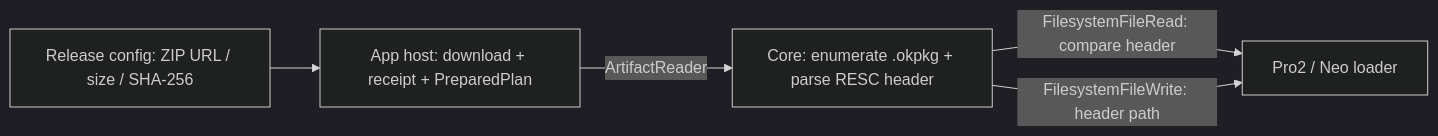
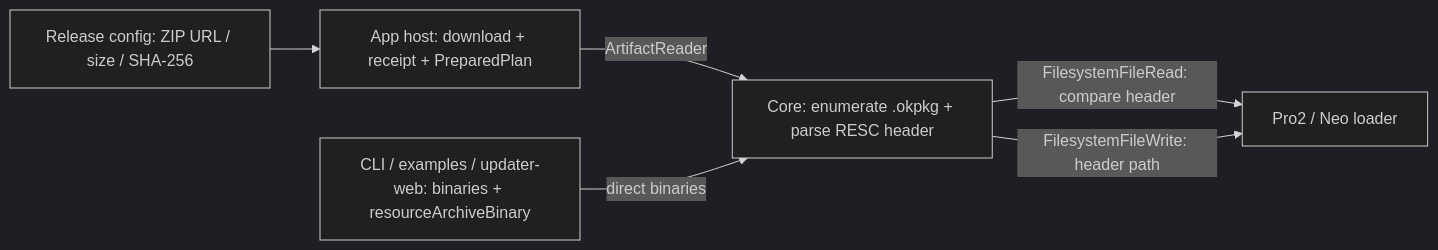
Before and after one commit to OneKeyHQ/hardware-js-sdk: the diagram in docs/design/pro2-resource-update/README.md, drawn with Mermaid (dark theme). The commit also changed other lines of this file and 12 other files, not shown here.

First line of the commit message:
refactor: drop firmwareUpdateV4 memory host for local binaries

````diff
--- a/docs/design/pro2-resource-update/README.md
+++ b/docs/design/pro2-resource-update/README.md
@@ -28,12 +31,14 @@
 ```mermaid
 flowchart LR
   Release["Release config: ZIP URL / size / SHA-256"]
-  Host["App host: download + receipt + PreparedPlan"]
+  AppHost["App host: download + receipt + PreparedPlan"]
+  LocalHost["CLI / examples / updater-web: binaries + resourceArchiveBinary"]
   Core["Core: enumerate .okpkg + parse RESC header"]
   Loader["Pro2 / Neo loader"]
 
-  Release --> Host
-  Host -->|ArtifactReader| Core
+  Release --> AppHost
+  AppHost -->|ArtifactReader| Core
+  LocalHost -->|direct binaries| Core
   Core -->|FilesystemFileRead: compare header| Loader
   Core -->|FilesystemFileWrite: header path| Loader
 ```
````
